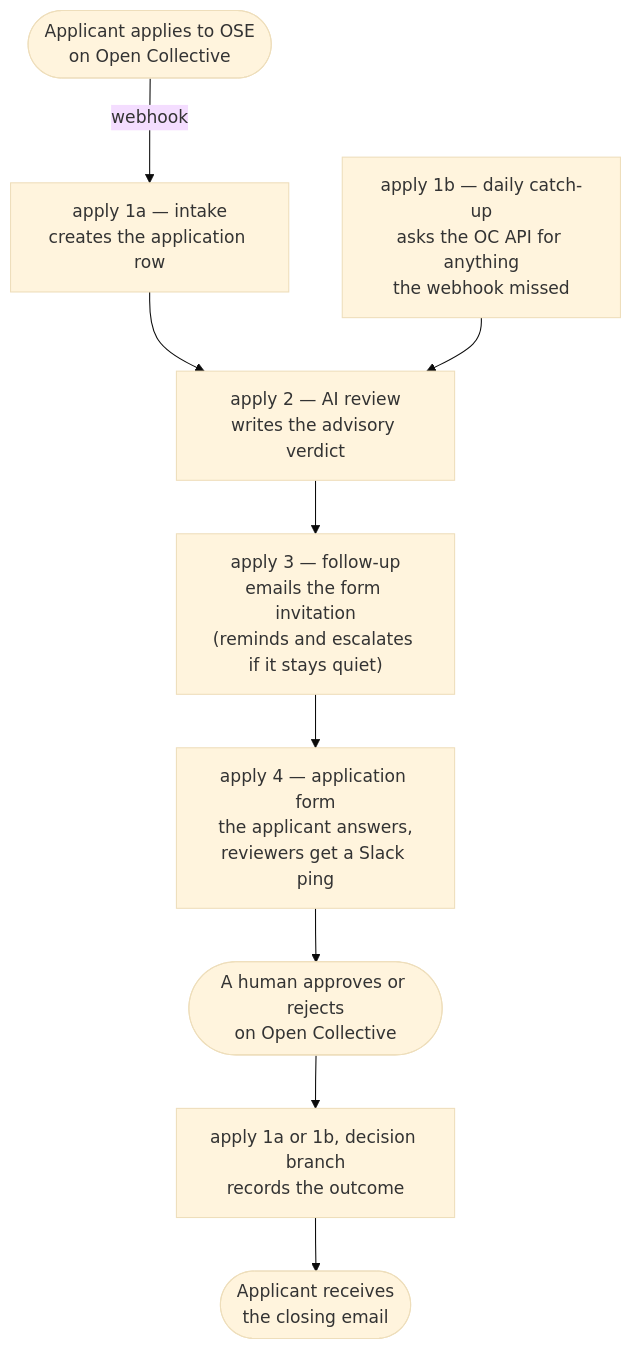
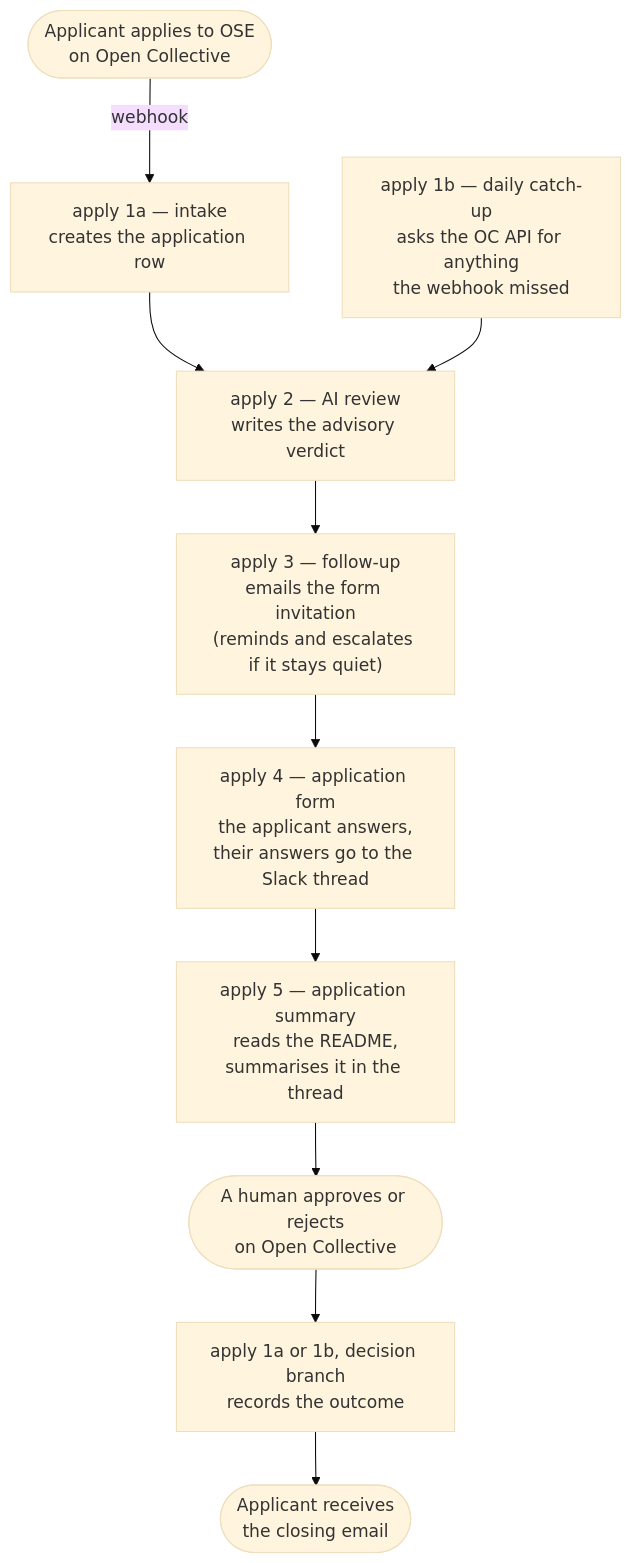
The diagram in automation/README.md (opensourceeurope/community), drawn with Mermaid (base theme) before and after one commit. The commit also changed other lines of this file and 12 other files, not shown here.

Commit message:
feat: read the form, read the README, summarise it for reviewers (#39)

````diff
--- a/automation/README.md
+++ b/automation/README.md
@@ -51,13 +71,14 @@
 ```mermaid
 flowchart TD
     START(["Applicant applies to OSE<br>on Open Collective"])
     START -->|"webhook"| A1a["apply 1a — intake<br>creates the application row"]
     A1b["apply 1b — daily catch-up<br>asks the OC API for anything<br>the webhook missed"]
     A1a --> A2["apply 2 — AI review<br>writes the advisory verdict"]
     A1b --> A2
     A2 --> A3["apply 3 — follow-up<br>emails the form invitation<br>(reminds and escalates if it stays quiet)"]
-    A3 --> A4["apply 4 — application form<br>the applicant answers,<br>reviewers get a Slack ping"]
-    A4 --> HUMAN(["A human approves or rejects<br>on Open Collective"])
+    A3 --> A4["apply 4 — application form<br>the applicant answers,<br>their answers go to the Slack thread"]
+    A4 --> A5s["apply 5 — application summary<br>reads the README,<br>summarises it in the thread"]
+    A5s --> HUMAN(["A human approves or rejects<br>on Open Collective"])
     HUMAN --> A5["apply 1a or 1b, decision branch<br>records the outcome"]
     A5 --> END(["Applicant receives<br>the closing email"])
 ```
````
